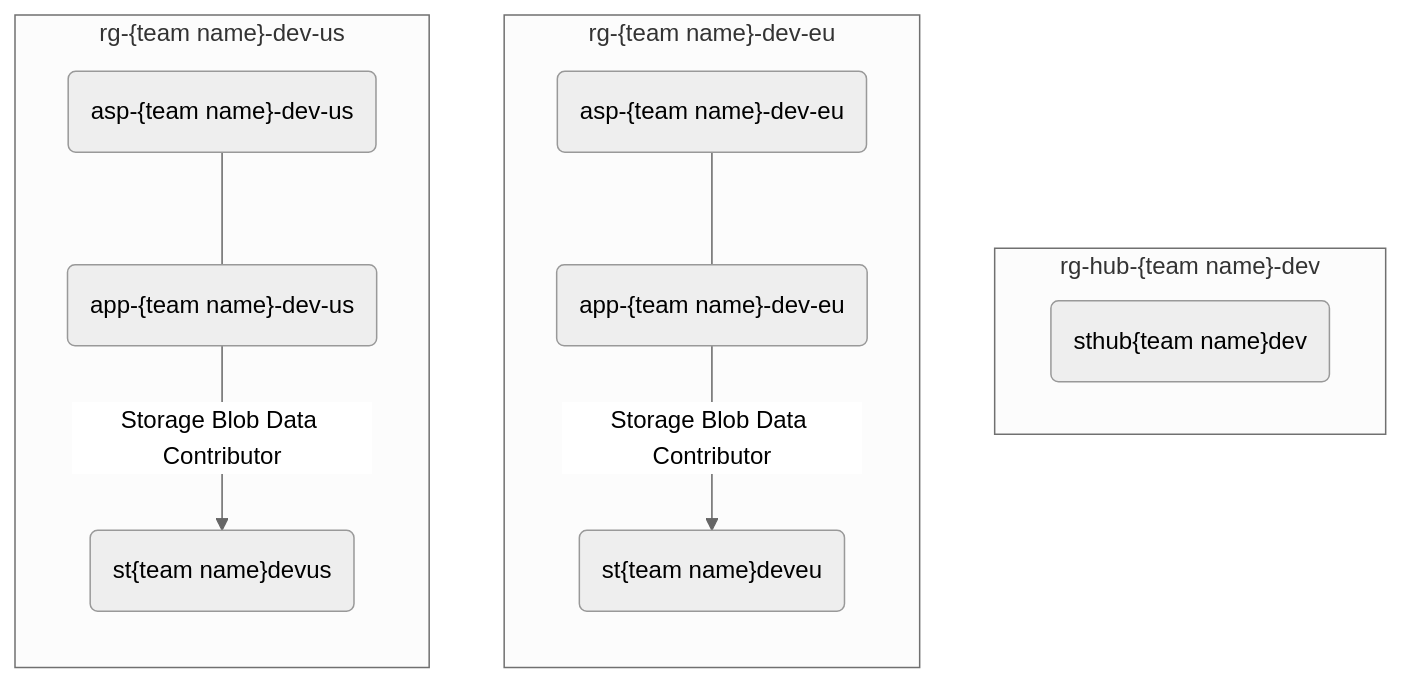
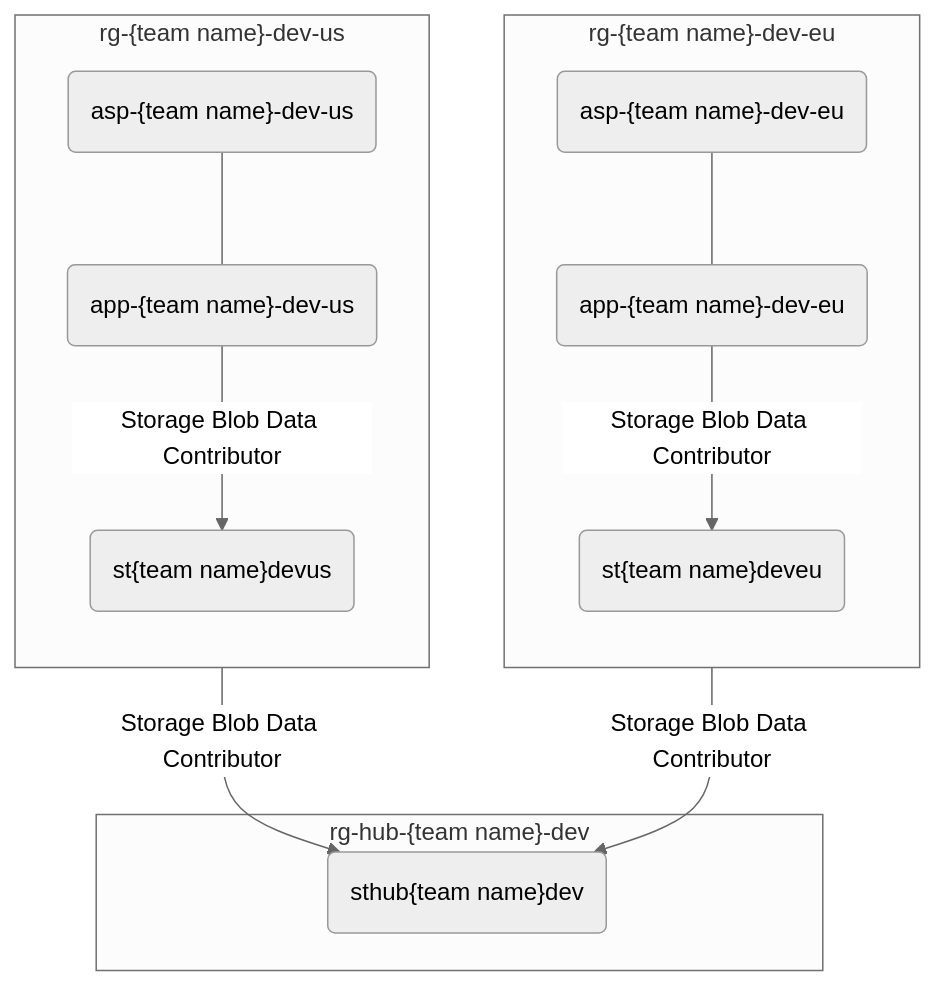
Before and after one commit to tompaana/azure-secure-networking-for-devs: the diagram in exercises/0-prerequisites.md, drawn with Mermaid (neutral theme). The commit also changed 3 other files, not shown here.

Commit message:
More diagrams

````diff
--- a/exercises/0-prerequisites.md
+++ b/exercises/0-prerequisites.md
@@ -75,26 +75,28 @@
 ```mermaid
 graph
     subgraph rg-hub["rg-hub-{team name}-dev"]
         st-hub("sthub{team name}dev")
     end
     subgraph rg-eu["rg-{team name}-dev-eu"]
         direction TB
 
         asp-eu("asp-{team name}-dev-eu")
         app-eu("app-{team name}-dev-eu")
         st-eu("st{team name}deveu")
 
         asp-eu---app-eu
+        app-eu-- Storage Blob Data Contributor -->st-hub
         app-eu-- Storage Blob Data Contributor -->st-eu
     end
     subgraph rg-us["rg-{team name}-dev-us"]
         direction TB
 
         asp-us("asp-{team name}-dev-us")
         app-us("app-{team name}-dev-us")
         st-us("st{team name}devus")
 
         asp-us---app-us
+        app-us-- Storage Blob Data Contributor -->st-hub
         app-us-- Storage Blob Data Contributor -->st-us
     end
 ```
````
